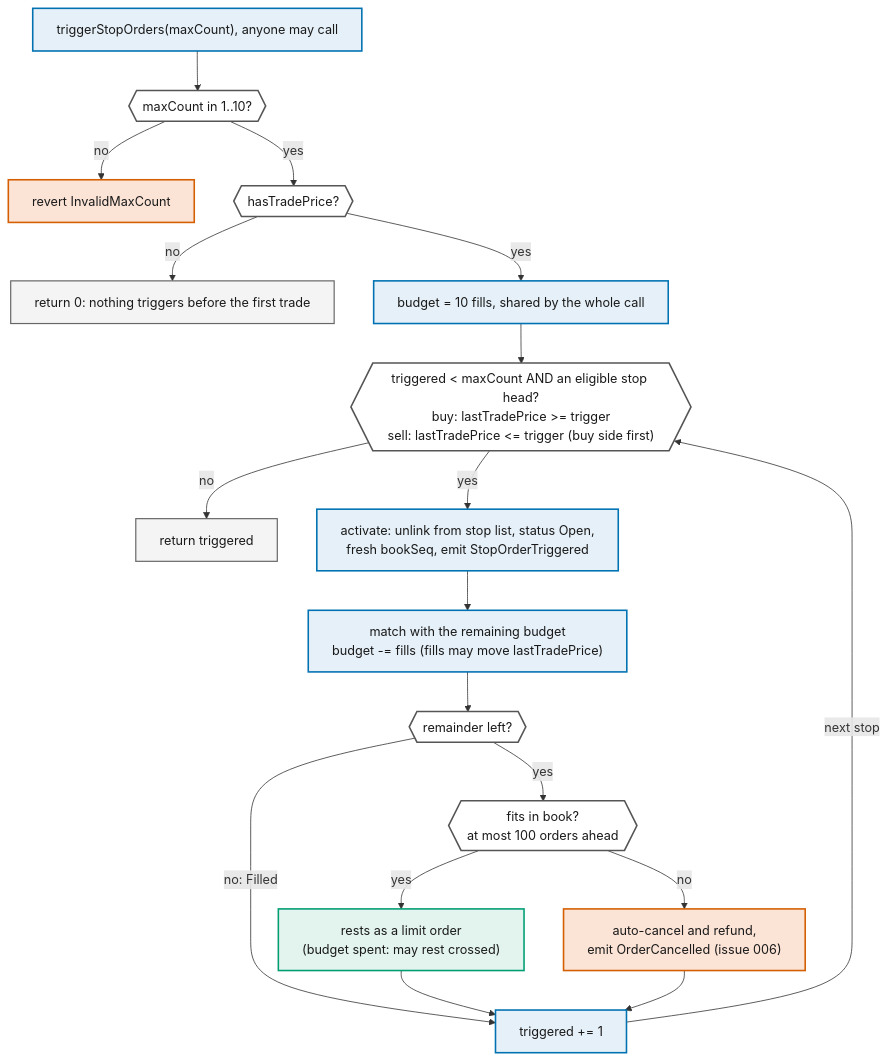
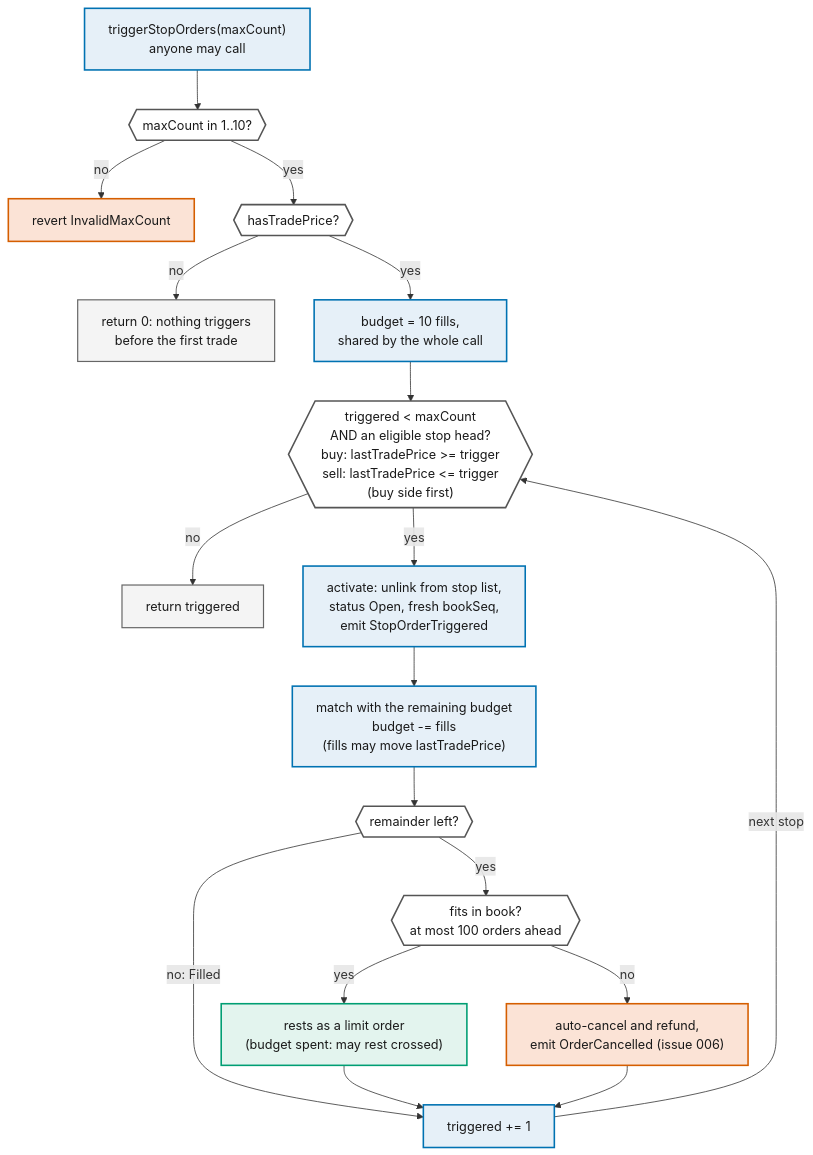
One commit to Nitecry7/SC4053-BlockChain-Project changed the diagram in docs/report/diagrams/07-stop-trigger-flow.mmd. Above: the diagram before and after it, drawn with Mermaid. The commit also changed 29 other files, not shown here.

```diff
--- a/docs/report/diagrams/07-stop-trigger-flow.mmd
+++ b/docs/report/diagrams/07-stop-trigger-flow.mmd
@@ -1,29 +1,29 @@
 ---
 config:
   flowchart:
-    wrappingWidth: 360
+    wrappingWidth: 260
 ---
 flowchart TB
   classDef step fill:#E6F0F8,stroke:#0072B2,stroke-width:2px,color:#1A1A1A
   classDef decide fill:#FFFFFF,stroke:#555555,stroke-width:2px,color:#1A1A1A
   classDef stop fill:#F4F4F4,stroke:#666666,stroke-width:1.5px,color:#1A1A1A
   classDef good fill:#E3F4EE,stroke:#009E73,stroke-width:2px,color:#1A1A1A
   classDef warn fill:#FBE3D6,stroke:#D55E00,stroke-width:2px,color:#1A1A1A
 
-  A["triggerStopOrders(maxCount), anyone may call"]:::step --> G{{"maxCount in 1..10?"}}:::decide
+  A["triggerStopOrders(maxCount)<br/>anyone may call"]:::step --> G{{"maxCount in 1..10?"}}:::decide
   G -- "no" --> R1["revert InvalidMaxCount"]:::warn
   G -- "yes" --> H{{"hasTradePrice?"}}:::decide
-  H -- "no" --> Z["return 0: nothing triggers before the first trade"]:::stop
-  H -- "yes" --> B["budget = 10 fills, shared by the whole call"]:::step
-  B --> L{{"triggered < maxCount AND an eligible stop head?<br/>buy: lastTradePrice >= trigger<br/>sell: lastTradePrice <= trigger (buy side first)"}}:::decide
+  H -- "no" --> Z["return 0: nothing triggers<br/>before the first trade"]:::stop
+  H -- "yes" --> B["budget = 10 fills,<br/>shared by the whole call"]:::step
+  B --> L{{"triggered < maxCount<br/>AND an eligible stop head?<br/>buy: lastTradePrice >= trigger<br/>sell: lastTradePrice <= trigger<br/>(buy side first)"}}:::decide
   L -- "no" --> E["return triggered"]:::stop
-  L -- "yes" --> ACT["activate: unlink from stop list, status Open,<br/>fresh bookSeq, emit StopOrderTriggered"]:::step
-  ACT --> M["match with the remaining budget<br/>budget -= fills (fills may move lastTradePrice)"]:::step
+  L -- "yes" --> ACT["activate: unlink from stop list,<br/>status Open, fresh bookSeq,<br/>emit StopOrderTriggered"]:::step
+  ACT --> M["match with the remaining budget<br/>budget -= fills<br/>(fills may move lastTradePrice)"]:::step
   M --> T{{"remainder left?"}}:::decide
   T -- "no: Filled" --> INC["triggered += 1"]:::step
   T -- "yes" --> FIT{{"fits in book?<br/>at most 100 orders ahead"}}:::decide
   FIT -- "yes" --> REST["rests as a limit order<br/>(budget spent: may rest crossed)"]:::good
   FIT -- "no" --> AC["auto-cancel and refund,<br/>emit OrderCancelled (issue 006)"]:::warn
   REST --> INC
   AC --> INC
   INC -->|"next stop"| L
```
